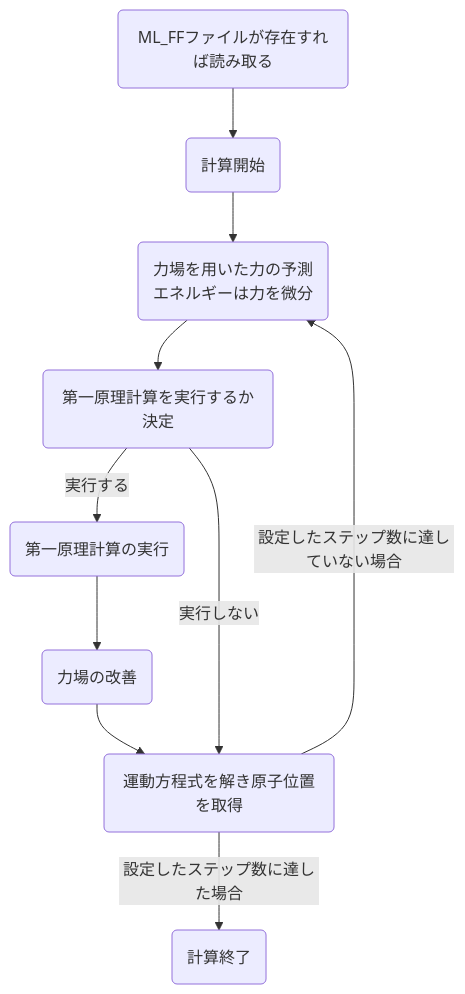
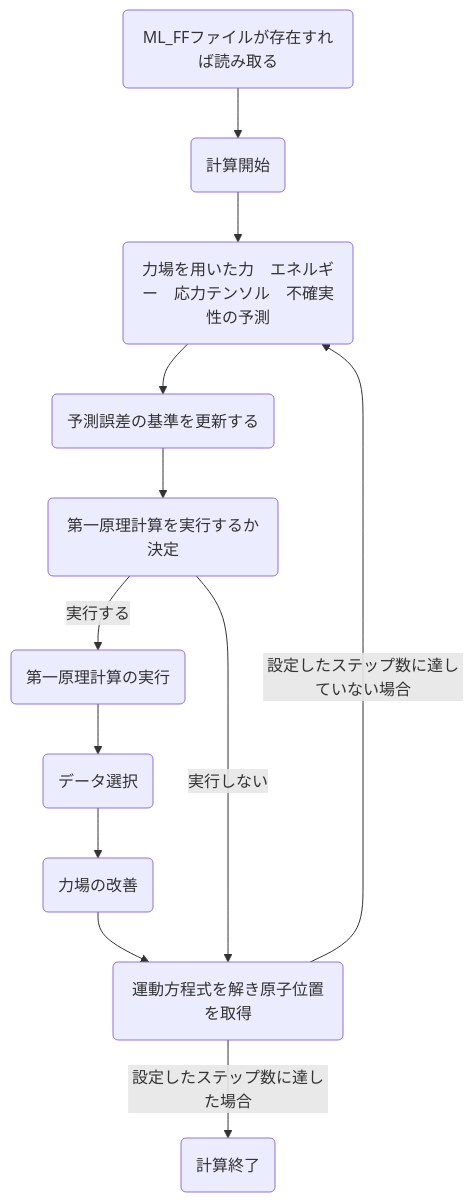
Before and after one commit to MDGroup-WatanabeLab/theory: the diagram in MLFF_theory/README.md, drawn with Mermaid. The commit also changed other lines of this file, not shown here.

````diff
--- a/MLFF_theory/README.md
+++ b/MLFF_theory/README.md
@@ -5,12 +6,14 @@
 ```mermaid
 flowchart TB
     A(ML_FFファイルが存在すれば読み取る) --> B(計算開始)
-    B --> C(力場を用いた力の予測<br>エネルギーは力を微分)
-    C --> D(第一原理計算を実行するか決定)
-    D --> |実行する|E(第一原理計算の実行)
-    E --> F(力場の改善)
-    F --> G(運動方程式を解き原子位置を取得)
-    D --> |実行しない|G
-    G --> |設定したステップ数に達していない場合|C
-    G --> |設定したステップ数に達した場合|H(計算終了)
+    B --> C(力場を用いた力　エネルギー　応力テンソル　不確実性の予測)
+    C --> D(予測誤差の基準を更新する)
+    D --> E(第一原理計算を実行するか決定)
+    E --> |実行する|F(第一原理計算の実行)
+    F --> G(データ選択)
+    G --> H(力場の改善)
+    H --> I(運動方程式を解き原子位置を取得)
+    E --> |実行しない|I
+    I --> |設定したステップ数に達していない場合|C
+    I --> |設定したステップ数に達した場合|J(計算終了)
 ```
````
